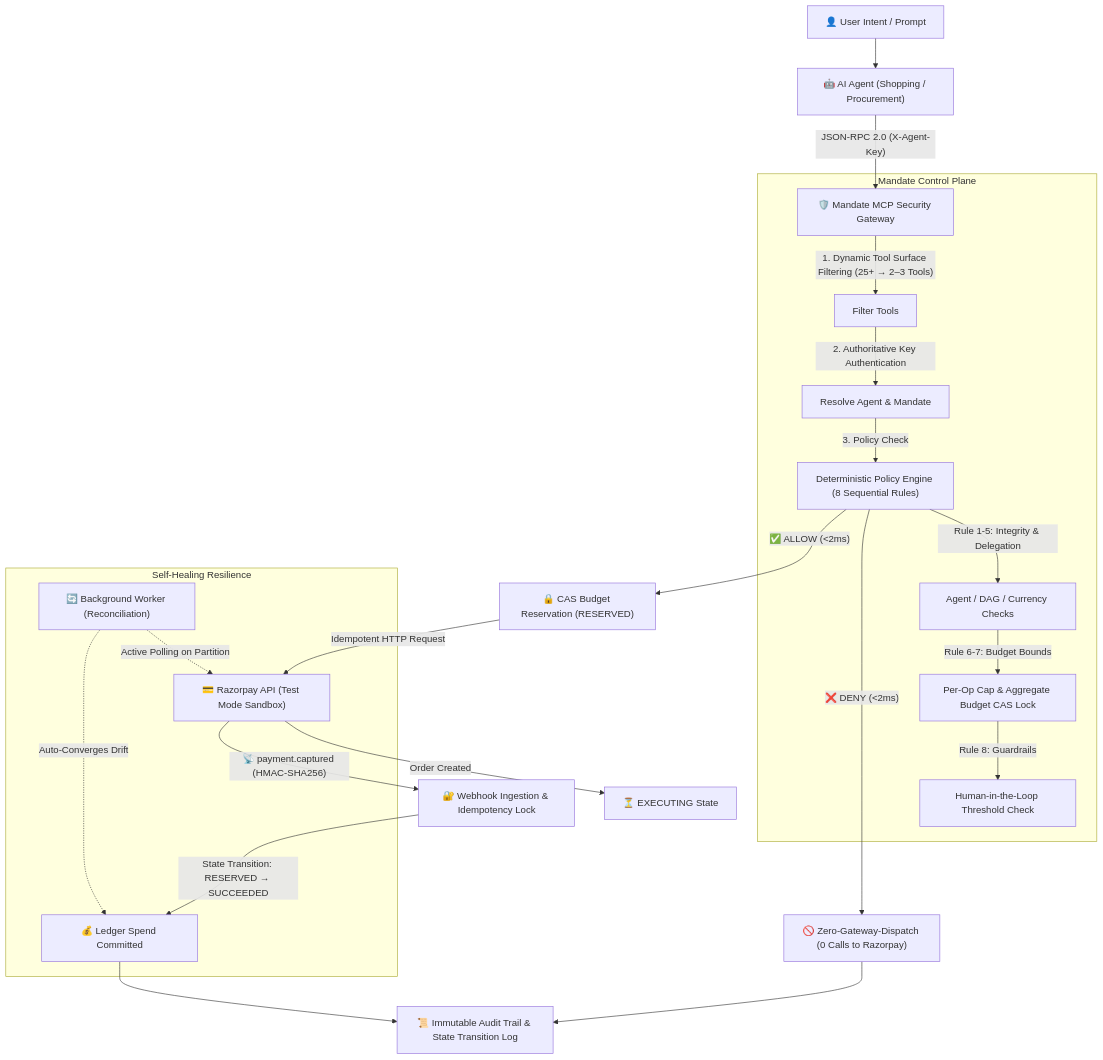
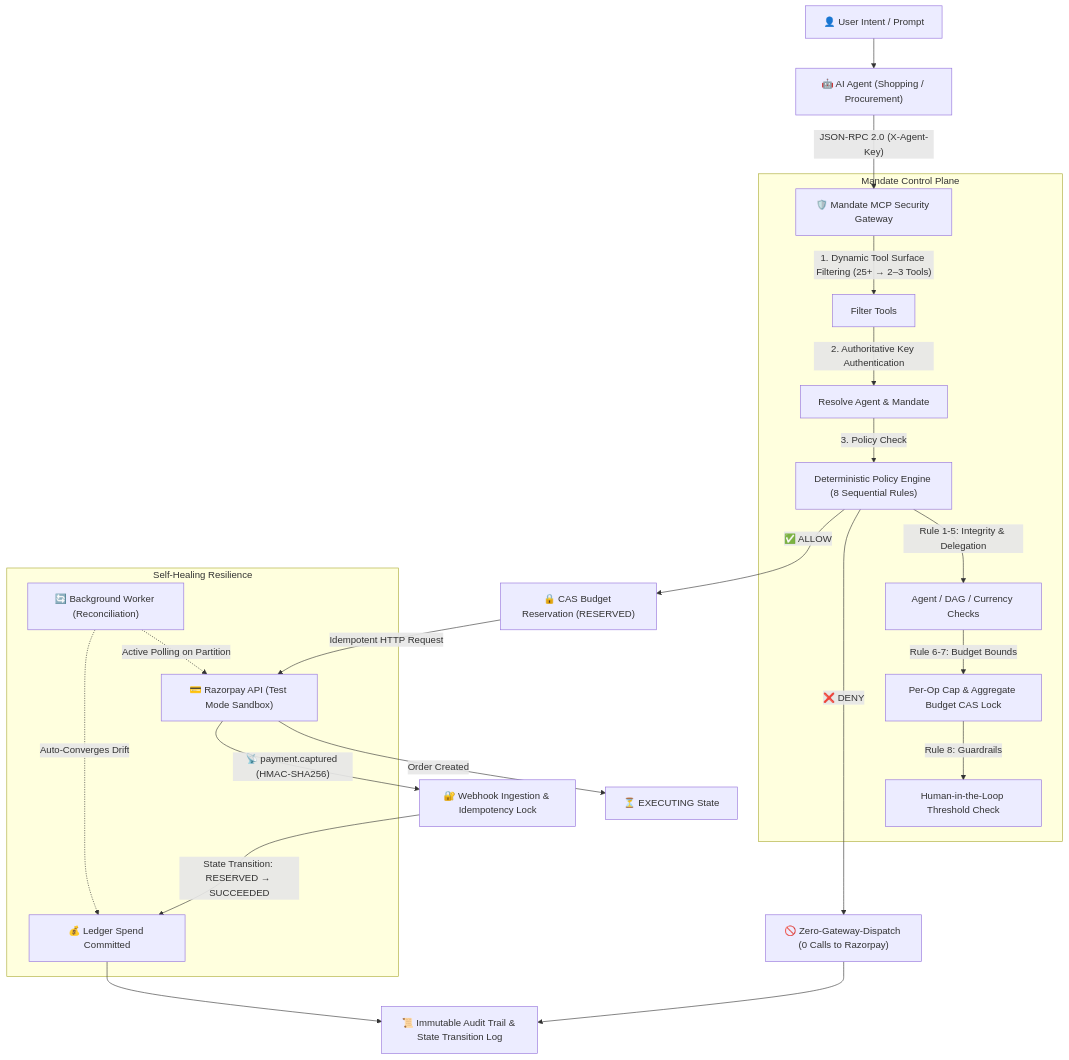
One commit to MJenius/Mandate-Razorpay-Control-Plane changed the diagram in README.md. Above: the diagram before and after it, drawn with Mermaid. The commit also changed other lines of this file and 4 other files, not shown here.

````diff
--- a/README.md
+++ b/README.md
@@ -33,32 +33,32 @@
 ```mermaid
 graph TD
     User["👤 User Intent / Prompt"] --> Agent["🤖 AI Agent (Shopping / Procurement)"]
     Agent -->|"JSON-RPC 2.0 (X-Agent-Key)"| MCP["🛡️ Mandate MCP Security Gateway"]
     
     subgraph Mandate Control Plane
         MCP -->|"1. Dynamic Tool Surface Filtering (25+ → 2–3 Tools)"| Filter["Filter Tools"]
         Filter -->|"2. Authoritative Key Authentication"| Identity["Resolve Agent & Mandate"]
         Identity -->|"3. Policy Check"| Engine["Deterministic Policy Engine (8 Sequential Rules)"]
         
         Engine -->|Rule 1-5: Integrity & Delegation| R1["Agent / DAG / Currency Checks"]
         R1 -->|Rule 6-7: Budget Bounds| R2["Per-Op Cap & Aggregate Budget CAS Lock"]
         R2 -->|Rule 8: Guardrails| R3["Human-in-the-Loop Threshold Check"]
     end
     
-    Engine -->|"❌ DENY (<2ms)"| ZeroEffect["🚫 Zero-Gateway-Dispatch (0 Calls to Razorpay)"]
-    Engine -->|"✅ ALLOW (<2ms)"| CAS["🔒 CAS Budget Reservation (RESERVED)"]
+    Engine -->|"❌ DENY"| ZeroEffect["🚫 Zero-Gateway-Dispatch (0 Calls to Razorpay)"]
+    Engine -->|"✅ ALLOW"| CAS["🔒 CAS Budget Reservation (RESERVED)"]
     
     CAS -->|"Idempotent HTTP Request"| RZP["💳 Razorpay API (Test Mode Sandbox)"]
     RZP -->|"Order Created"| Awaiting["⏳ EXECUTING State"]
     
     RZP -->|"📡 payment.captured (HMAC-SHA256)"| Webhook["🔐 Webhook Ingestion & Idempotency Lock"]
     Webhook -->|"State Transition: RESERVED → SUCCEEDED"| Commit["💰 Ledger Spend Committed"]
     
     Commit --> Audit["📜 Immutable Audit Trail & State Transition Log"]
     ZeroEffect --> Audit
     
     subgraph Self-Healing Resilience
         Recon["🔄 Background Worker (Reconciliation)"] -.->|"Active Polling on Partition"| RZP
         Recon -.->|"Auto-Converges Drift"| Commit
     end
 ```
````
